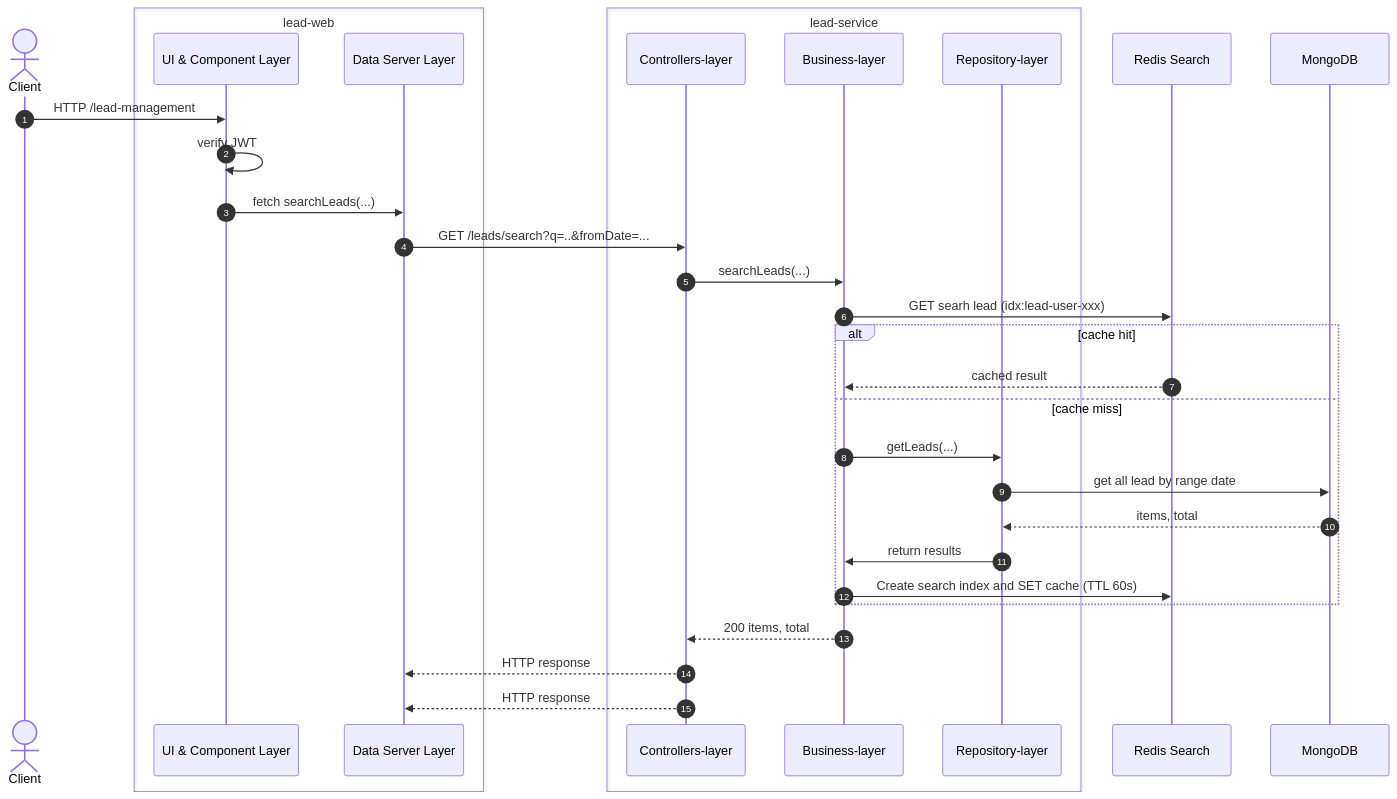
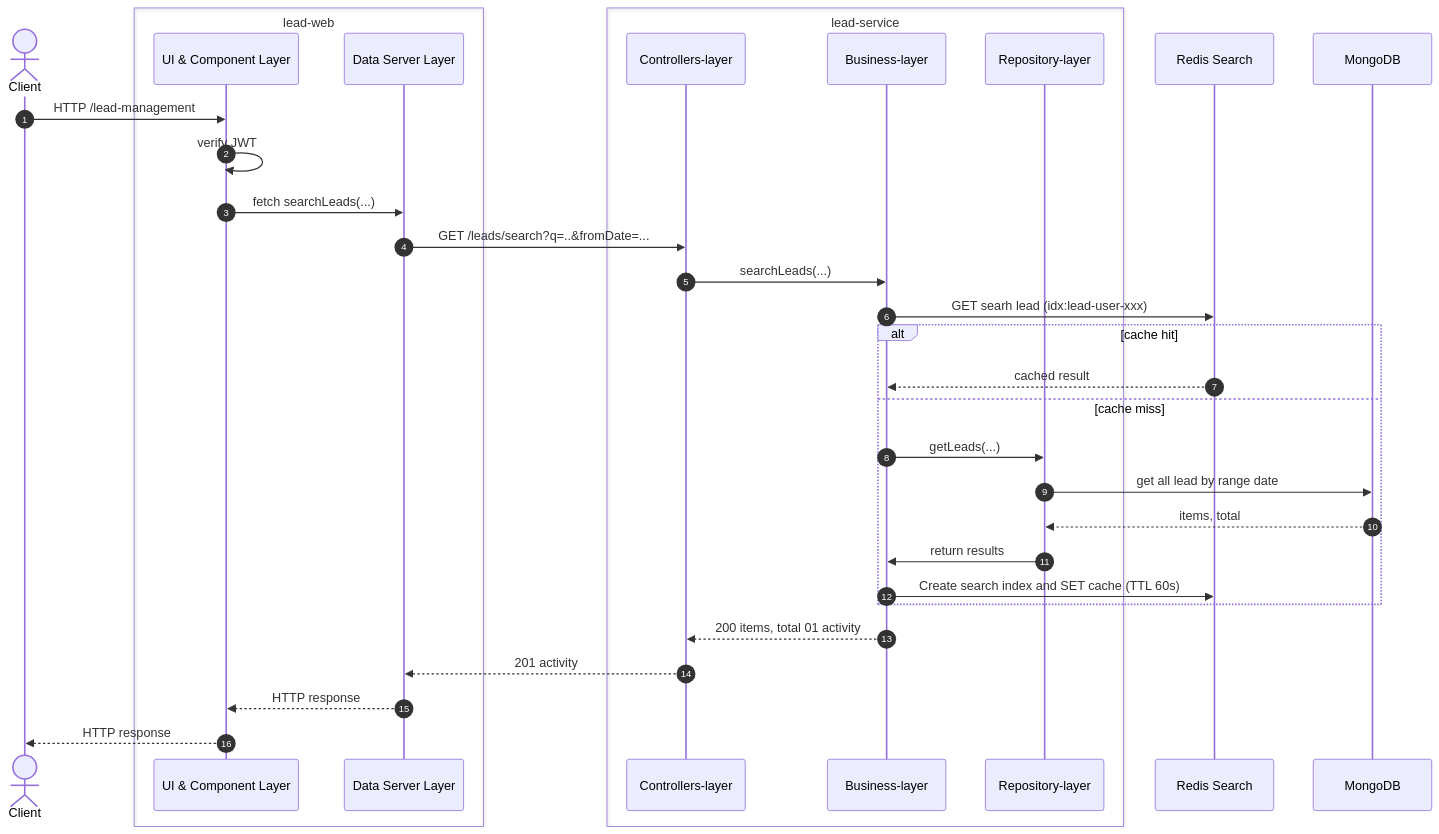
One commit to quocthuanth92/lead-management-tool changed the third of 5 diagrams in docs/system-design-architecture.md. Above: the diagram before and after it, drawn with Mermaid. The commit also changed other lines of this file and 5 other files, not shown here.

````diff
--- a/docs/system-design-architecture.md
+++ b/docs/system-design-architecture.md
@@ -154,34 +154,35 @@
 ```mermaid  
 sequenceDiagram  
     autonumber
     actor C as Client
     box lead-web
     participant ULW as UI & Component Layer 
     participant DLW as Data Server Layer
     end
     box lead-service
     participant CL as Controllers-layer  
     participant BL as Business-layer
     participant RL as Repository-layer 
     end
     participant R as Redis Search
     participant M as MongoDB  
     C->>ULW: HTTP /lead-management      
     ULW->>ULW: verify JWT
     ULW->>DLW: fetch searchLeads(...)
     DLW->>CL: GET /leads/search?q=..&fromDate=...  
     CL->>BL: searchLeads(...)  
     BL->>R: GET searh lead (idx:lead-user-xxx)
     alt cache hit
         R-->>BL: cached result
     else cache miss
         BL->>RL: getLeads(...)
         RL->>M: get all lead by range date
         M-->>RL: items, total
         RL->>BL: return results
         BL->>R: Create search index and SET cache (TTL 60s)
     end
-    BL-->>CL: 200 items, total  
-    CL-->>DLW: HTTP response  
-    CL-->>DLW: HTTP response
+    BL-->>CL: 200 items, total  01 activity  
+    CL-->>DLW: 201 activity  
+    DLW-->>ULW: HTTP response
+    ULW-->>C: HTTP response
 ```
````
